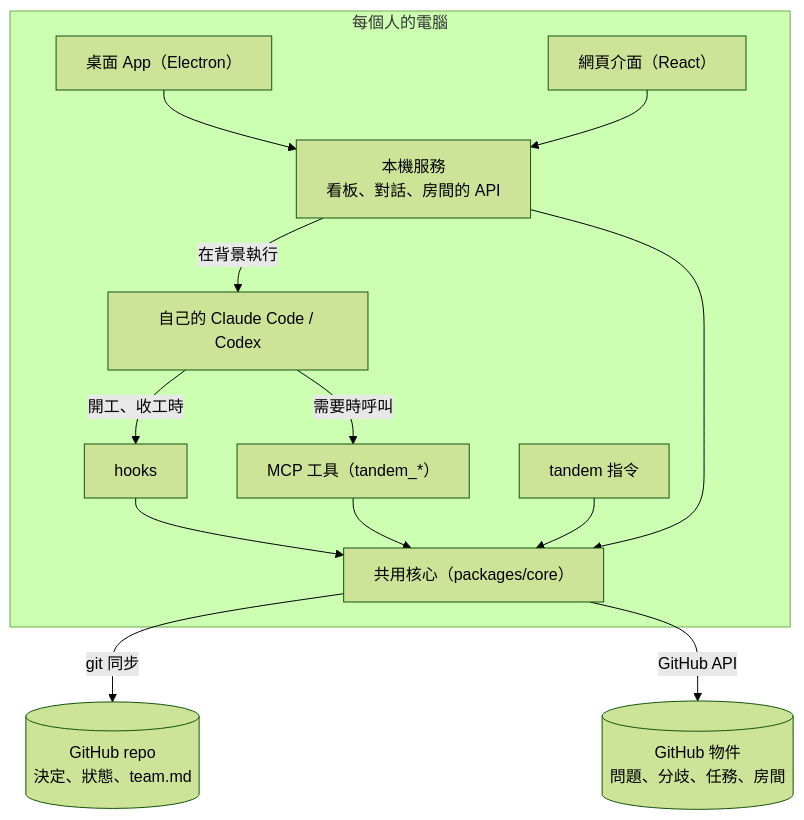
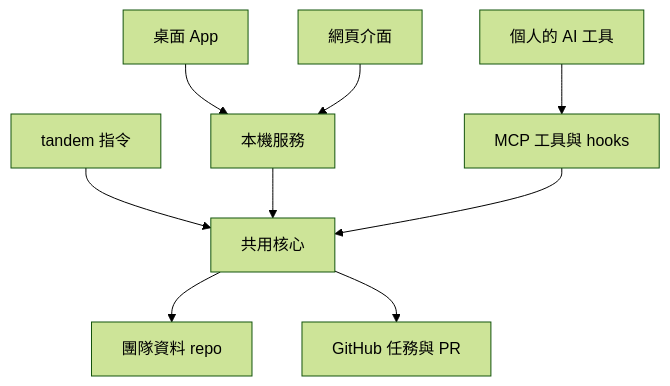
The diagram in notes/design.md (sudo-studio-lab/tandem), drawn with Mermaid (forest theme) before and after one commit. The commit also changed other lines of this file and 8 other files, not shown here.

````diff
--- a/notes/design.md
+++ b/notes/design.md
@@ -29,18 +17,11 @@
 ```mermaid
 flowchart TB
-  subgraph PC["每個人的電腦"]
-    App["桌面 App（Electron）"] --> Server["本機服務<br/>看板、對話、房間的 API"]
-    UI["網頁介面（React）"] --> Server
-    Agent["自己的 Claude Code / Codex"]
-    Agent -- "開工、收工時" --> Hooks["hooks"]
-    Agent -- "需要時呼叫" --> MCP["MCP 工具（tandem_*）"]
-    Server -- "在背景執行" --> Agent
-    CLI["tandem 指令"]
-    Hooks --> Core
-    MCP --> Core
-    CLI --> Core
-    Server --> Core["共用核心（packages/core）"]
-  end
-  Core -- "git 同步" --> Repo[("GitHub repo<br/>決定、狀態、team.md")]
-  Core -- "GitHub API" --> GH[("GitHub 物件<br/>問題、分歧、任務、房間")]
+  App[桌面 App] --> Server[本機服務]
+  Web[網頁介面] --> Server
+  Agent[個人的 AI 工具] --> MCP[MCP 工具與 hooks]
+  CLI[tandem 指令] --> Core[共用核心]
+  Server --> Core
+  MCP --> Core
+  Core --> Data[團隊資料 repo]
+  Core --> GitHub[GitHub 任務與 PR]
 ```
````
